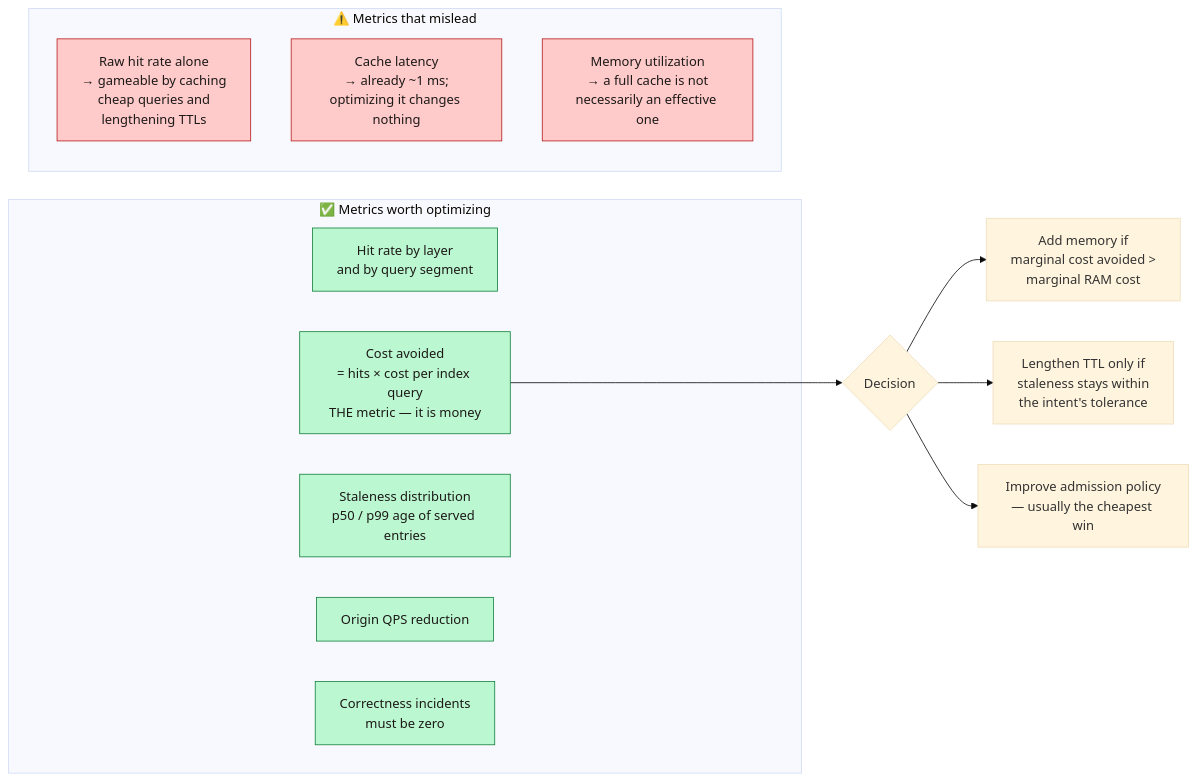
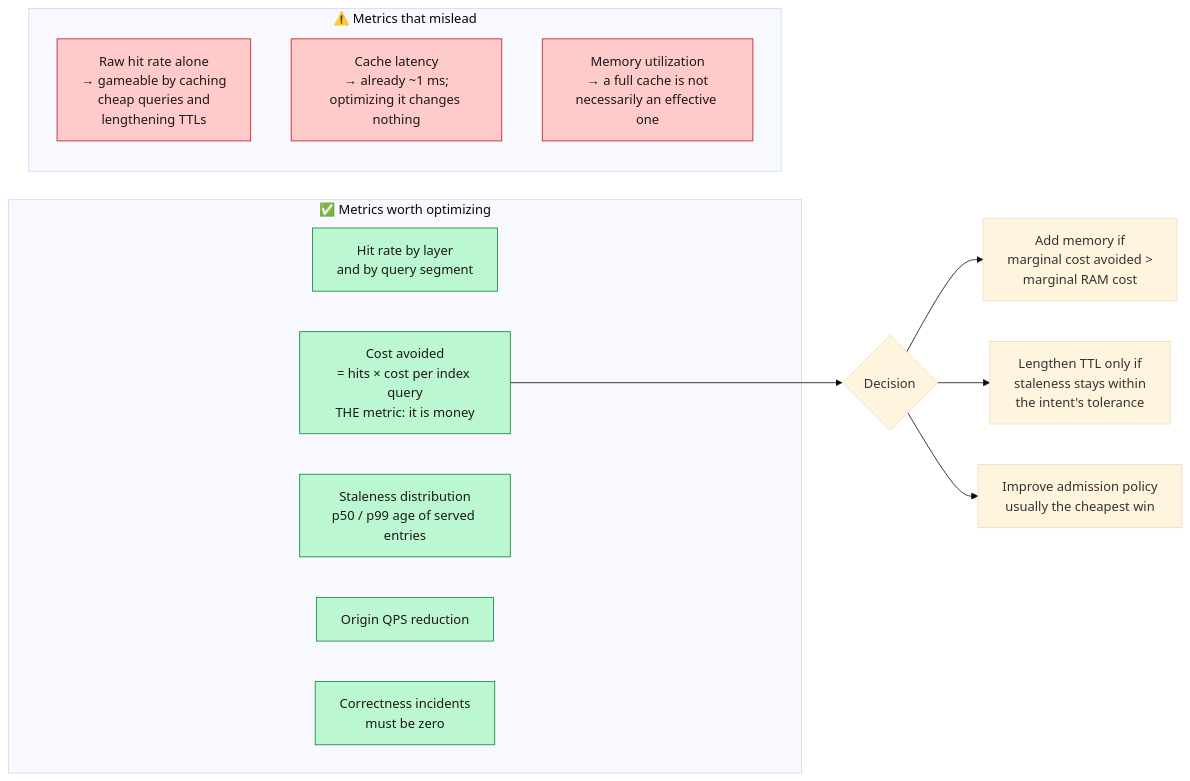
One commit to ahmedselimmansor-ctrl/google-search-system-design changed the fourth of 4 diagrams in docs/en/10-caching.md. Above: the diagram before and after it, drawn with Mermaid (base theme). The commit also changed other lines of this file and 89 other files, not shown here.

````diff
--- a/docs/en/10-caching.md
+++ b/docs/en/10-caching.md
@@ -194,26 +194,26 @@
 ```mermaid
 flowchart LR
     subgraph GOOD["✅ Metrics worth optimizing"]
         G1["Hit rate by layer<br/>and by query segment"]
-        G2["Cost avoided<br/>= hits × cost per index query<br/>THE metric — it is money"]
+        G2["Cost avoided<br/>= hits × cost per index query<br/>THE metric: it is money"]
         G3["Staleness distribution<br/>p50 / p99 age of served entries"]
         G4["Origin QPS reduction"]
         G5["Correctness incidents<br/>must be zero"]
     end
 
     subgraph BAD["⚠️ Metrics that mislead"]
         B1["Raw hit rate alone<br/>→ gameable by caching<br/>cheap queries and<br/>lengthening TTLs"]
         B2["Cache latency<br/>→ already ~1 ms;<br/>optimizing it changes nothing"]
         B3["Memory utilization<br/>→ a full cache is not<br/>necessarily an effective one"]
     end
 
     G2 --> DECIDE{"Decision"}
     DECIDE --> D1["Add memory if<br/>marginal cost avoided ><br/>marginal RAM cost"]
     DECIDE --> D2["Lengthen TTL only if<br/>staleness stays within<br/>the intent's tolerance"]
-    DECIDE --> D3["Improve admission policy<br/>— usually the cheapest win"]
+    DECIDE --> D3["Improve admission policy<br/>usually the cheapest win"]
 
     classDef good fill:#bbf7d0,stroke:#15803d,color:#1c1917
     classDef bad fill:#fecaca,stroke:#b91c1c,color:#1c1917
     class G1,G2,G3,G4,G5 good
     class B1,B2,B3 bad
 ```
````
